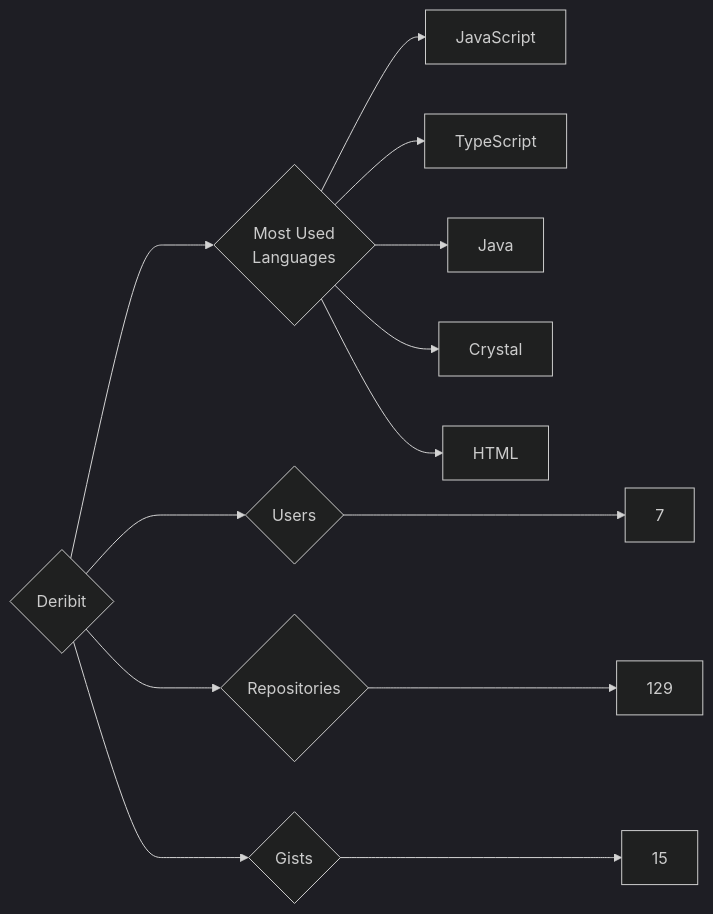
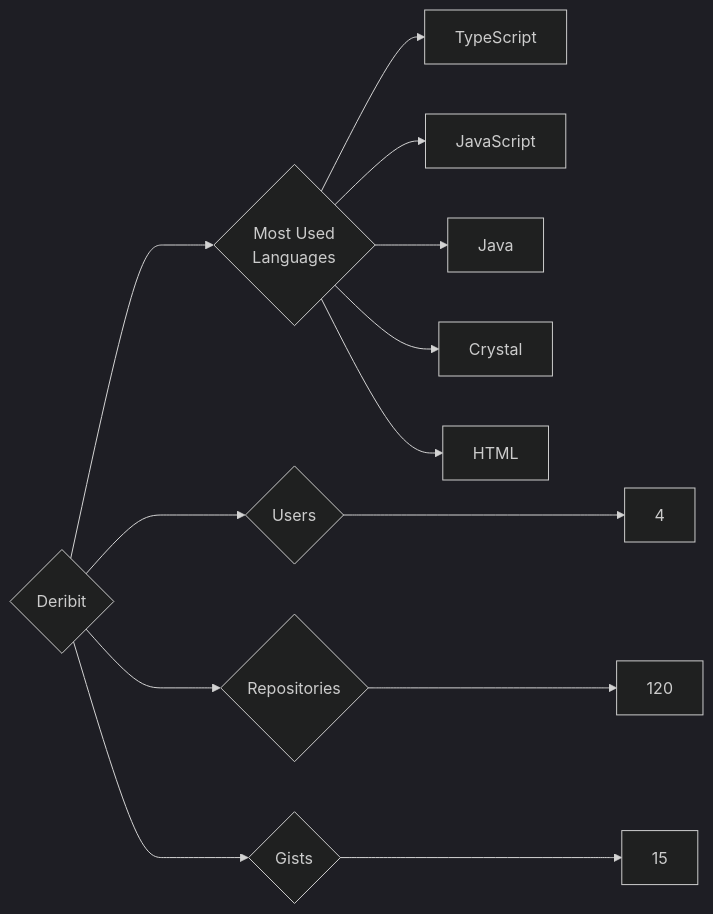
Before and after one commit to trickest/insiders: the diagram in targets/Deribit/README.md, drawn with Mermaid (dark theme). The commit also changed 688 other files, not shown here.

````diff
--- a/targets/Deribit/README.md
+++ b/targets/Deribit/README.md
@@ -3,13 +3,13 @@
 ```mermaid
 graph LR
 COMPANY_NAME{Deribit}
-COMPANY_NAME ---> U{Users} ---> UN[7]
-COMPANY_NAME ---> R{Repositories} ---> RN[129]
+COMPANY_NAME ---> U{Users} ---> UN[4]
+COMPANY_NAME ---> R{Repositories} ---> RN[120]
 COMPANY_NAME ---> G{Gists} ---> GN[15]
 COMPANY_NAME ---> ML{Most Used<br>Languages}
+ML --> TypeScript[TypeScript]
 ML --> JavaScript[JavaScript]
-ML --> TypeScript[TypeScript]
 ML --> Java[Java]
 ML --> Crystal[Crystal]
 ML --> HTML[HTML]
 ```
````
